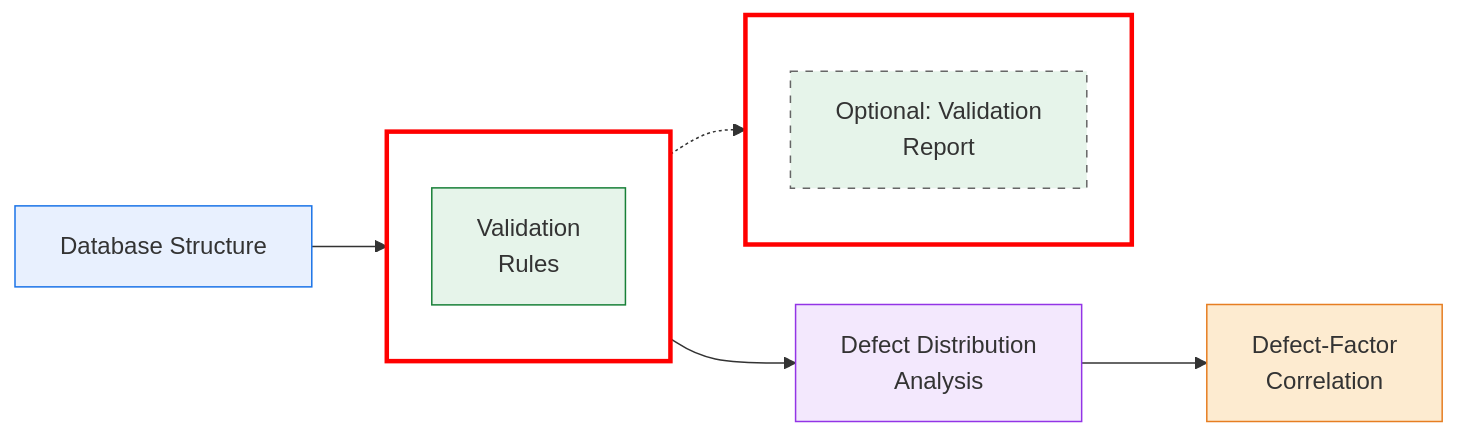
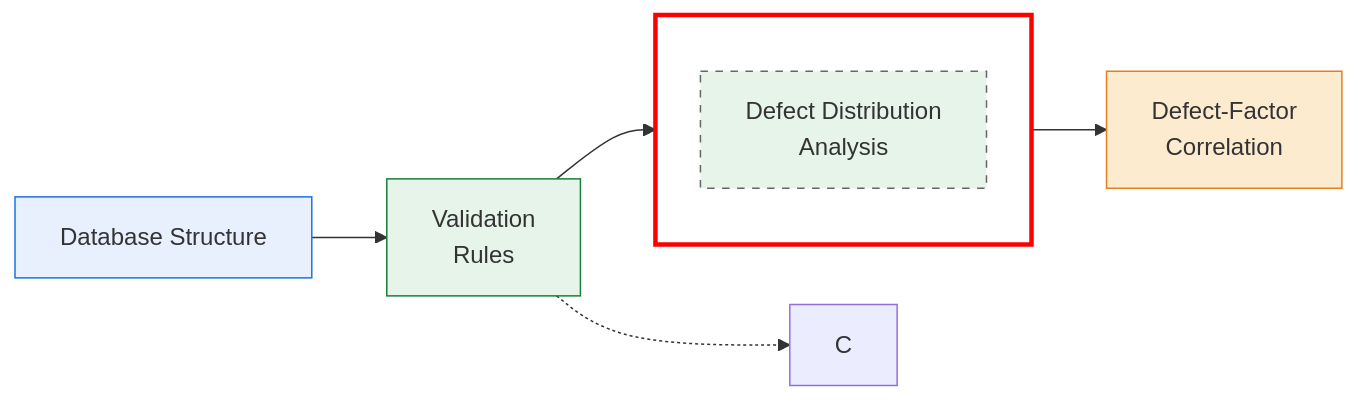
Before and after one commit to SewerDefectAnalysis/Defect_description: the diagram in README.md, drawn with Mermaid.

````diff
--- a/README.md
+++ b/README.md
@@ -9,38 +9,33 @@
 ```mermaid
 %%{init: {'flowchart': {'nodeSpacing': 40, 'rankSpacing': 50}}}%%
 flowchart LR
 
     A[Database Structure]:::data --> B[Validation<br/>Rules]:::validation
     B --> D[Defect Distribution<br/>Analysis]:::analysis
     D --> E[Defect-Factor<br/>Correlation]:::analysisP2
 
-    subgraph boxB[ ]
+
+    subgraph boxD[ ]
         direction TB
-        B
+        D[Defect Distribution<br/>Analysis]:::optional
     end
 
-    subgraph boxC[ ]
-        direction TB
-        C[Optional: Validation<br/>Report]:::optional
-    end
-
-    style boxB stroke:#FF0000,stroke-width:3px,fill:none
-    style boxC stroke:#FF0000,stroke-width:3px,fill:none
+    style boxD stroke:#FF0000,stroke-width:3px,fill:none
 
     B -.-> C
 
 
     %% Click links
     click A "https://github.com/SewerDefectAnalysis/Database_Structure"
     click B "https://github.com/SewerDefectAnalysis/Data_validation"
     click C "https://github.com/SewerDefectAnalysis/Data_validation"
 
     %% Styles
     classDef data fill:#E8F0FE,stroke:#1A73E8
     classDef validation fill:#E6F4EA,stroke:#188038
     classDef analysis fill:#F3E8FD,stroke:#9334E6
     classDef analysisP2 fill:#FDEBD0,stroke:#E67E22
     classDef optional fill:#E6F4EA,stroke:#666666,stroke-dasharray: 5 5
 
 
 ```
````
